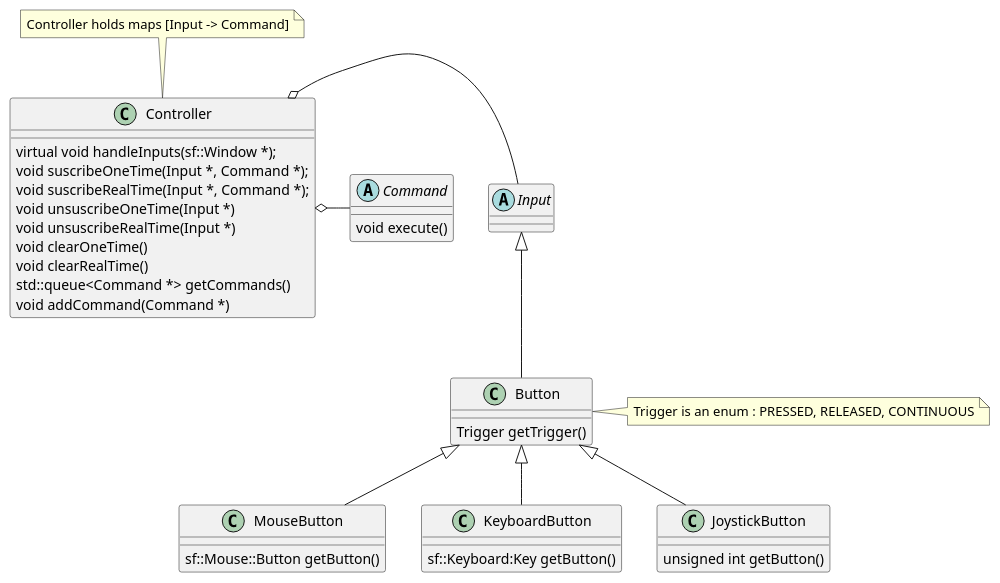
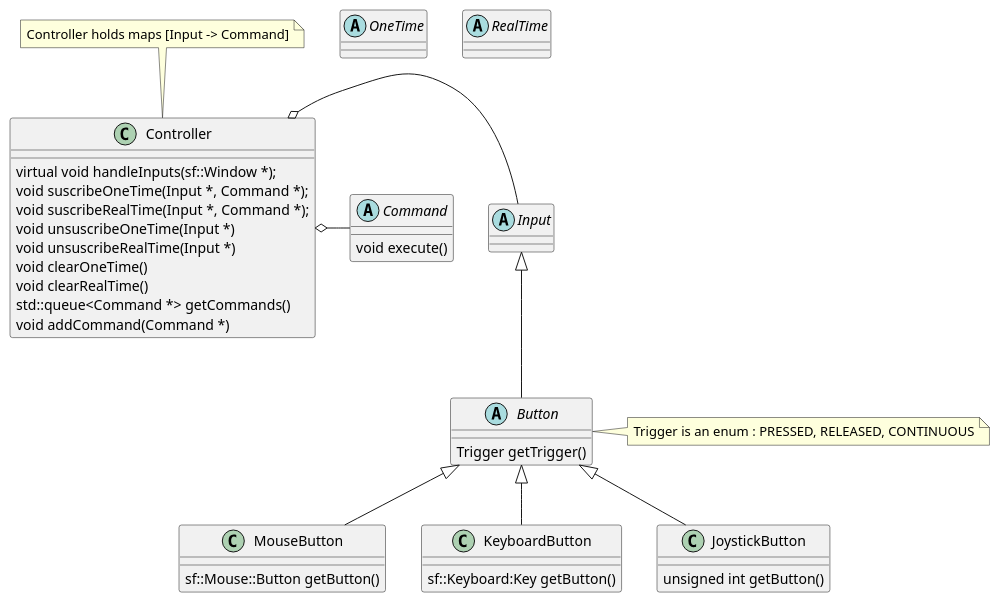
Before and after one commit to Pixotters/FROG: the diagram in docs/diagrams/inputs_class.pu, drawn with PlantUML. The commit also changed 10 other files, not shown here.

```diff
--- a/docs/diagrams/inputs_class.pu
+++ b/docs/diagrams/inputs_class.pu
@@ -1,52 +1,56 @@
 @startuml
 
 abstract class Input
 
-class Button{
+abstract class OneTime
+
+abstract class RealTime
+
+abstract class Button{
       Trigger getTrigger()
 }
 
 class MouseButton{
       sf::Mouse::Button getButton()
 }
 
 class KeyboardButton{
       sf::Keyboard:Key getButton()
 }
 
 class JoystickButton{
       unsigned int getButton()
 }
 
 abstract class Command{
       void execute()
 }
 
 class Controller{
 virtual void handleInputs(sf::Window *);
 void suscribeOneTime(Input *, Command *);
 void suscribeRealTime(Input *, Command *);
 void unsuscribeOneTime(Input *)
 void unsuscribeRealTime(Input *)
 void clearOneTime()
 void clearRealTime()
 std::queue<Command *> getCommands()
 void addCommand(Command *)
 
 }
 
 Button -up-|> Input
 JoystickButton -up-|> Button
 KeyboardButton -up-|> Button
 MouseButton -up-|> Button
 
 Input -left-o Controller
 Controller o-right- Command
 
 note "Trigger is an enum : PRESSED, RELEASED, CONTINUOUS" as tr
 tr .left. Button
 
 note "Controller holds maps [Input -> Command]" as map
 map .. Controller
 
 @enduml
```
